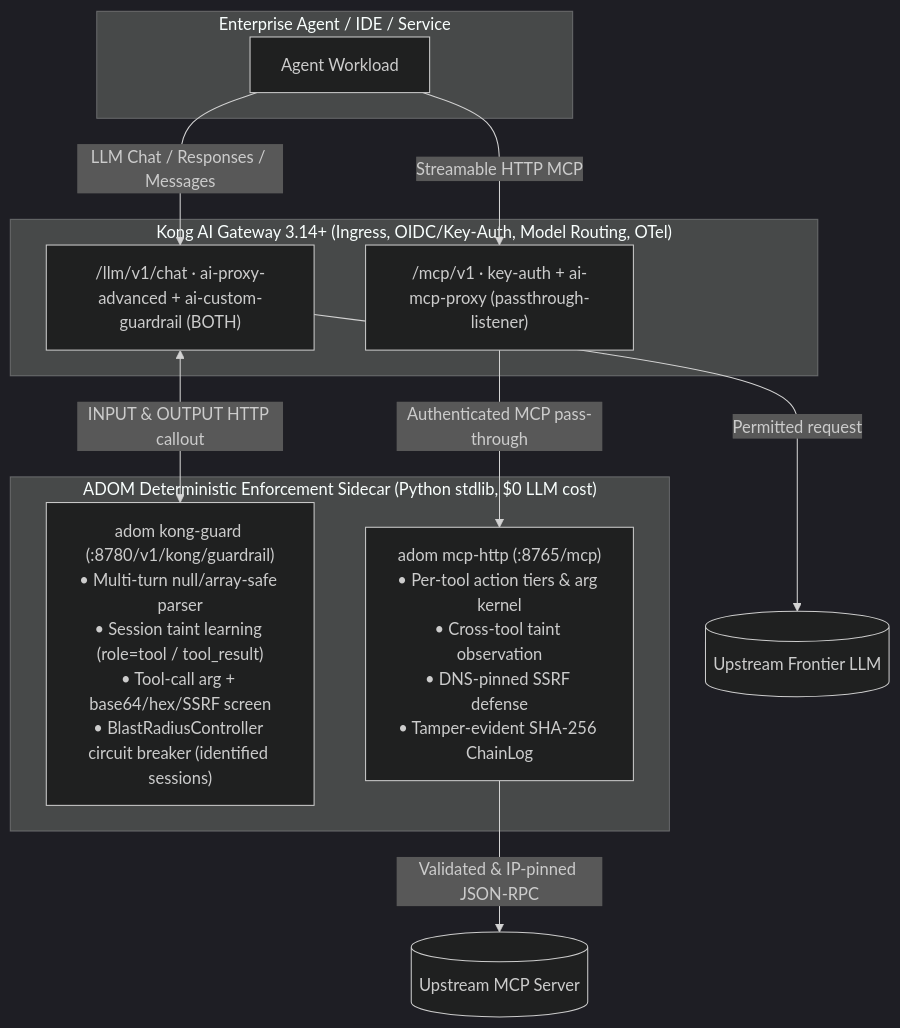
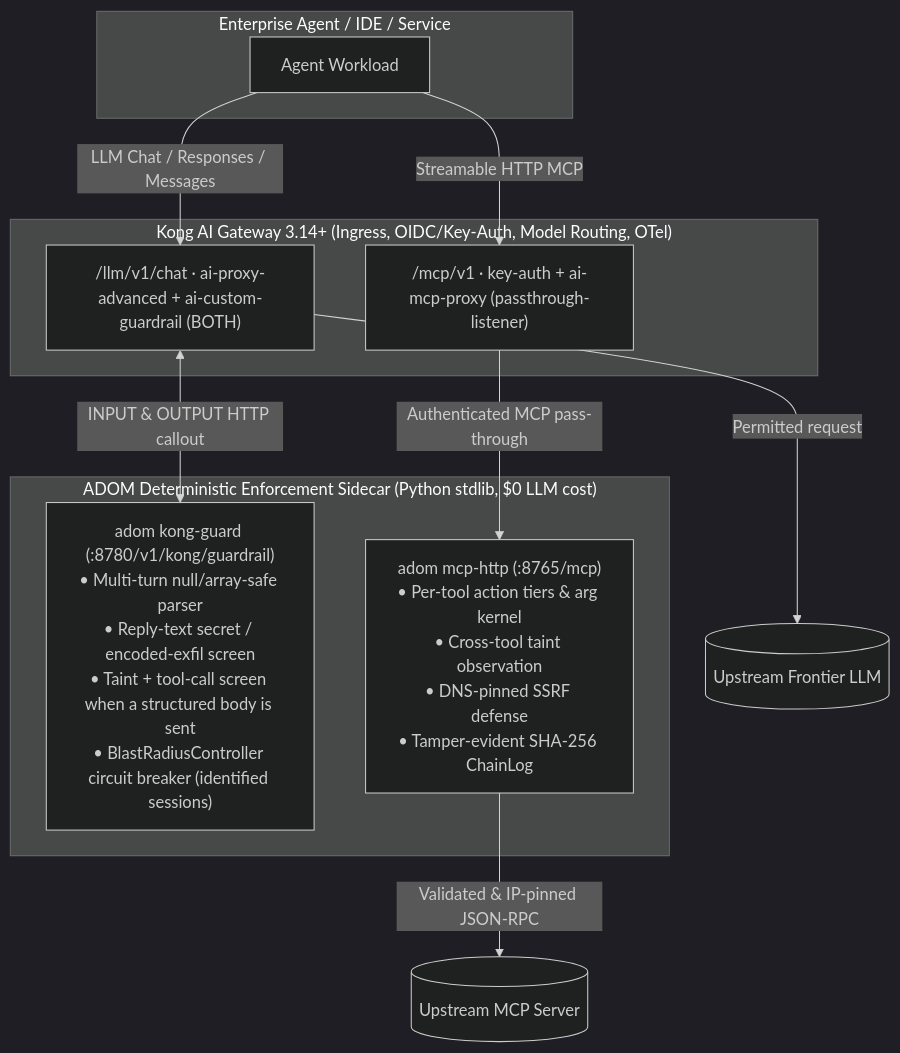
One commit to SilkForgeAi/adom-agent-security changed the diagram in docs/KONG_AI_GATEWAY_ARCHITECTURE.md. Above: the diagram before and after it, drawn with Mermaid (dark theme). The commit also changed other lines of this file and 12 other files, not shown here.

````diff
--- a/docs/KONG_AI_GATEWAY_ARCHITECTURE.md
+++ b/docs/KONG_AI_GATEWAY_ARCHITECTURE.md
@@ -27,27 +27,27 @@
 ```mermaid
 flowchart TB
     subgraph ClientLayer["Enterprise Agent / IDE / Service"]
         A[Agent Workload]
     end
 
     subgraph KongPlane["Kong AI Gateway 3.14+ (Ingress, OIDC/Key-Auth, Model Routing, OTel)"]
         LRoute["/llm/v1/chat · ai-proxy-advanced + ai-custom-guardrail (BOTH)"]
         MRoute["/mcp/v1 · key-auth + ai-mcp-proxy (passthrough-listener)"]
     end
 
     subgraph AdomPlane["ADOM Deterministic Enforcement Sidecar (Python stdlib, $0 LLM cost)"]
-        KG["adom kong-guard (:8780/v1/kong/guardrail)\n• Multi-turn null/array-safe parser\n• Session taint learning (role=tool / tool_result)\n• Tool-call arg + base64/hex/SSRF screen\n• BlastRadiusController circuit breaker (identified sessions)"]
+        KG["adom kong-guard (:8780/v1/kong/guardrail)\n• Multi-turn null/array-safe parser\n• Reply-text secret / encoded-exfil screen\n• Taint + tool-call screen when a structured body is sent\n• BlastRadiusController circuit breaker (identified sessions)"]
         MP["adom mcp-http (:8765/mcp)\n• Per-tool action tiers & arg kernel\n• Cross-tool taint observation\n• DNS-pinned SSRF defense\n• Tamper-evident SHA-256 ChainLog"]
     end
 
     LLM[(Upstream Frontier LLM)]
     MCP[(Upstream MCP Server)]
 
     A -->|LLM Chat / Responses / Messages| LRoute
     LRoute <-->|INPUT & OUTPUT HTTP callout| KG
     LRoute -->|Permitted request| LLM
 
     A -->|Streamable HTTP MCP| MRoute
     MRoute -->|Authenticated MCP pass-through| MP
     MP -->|Validated & IP-pinned JSON-RPC| MCP
 ```
````
